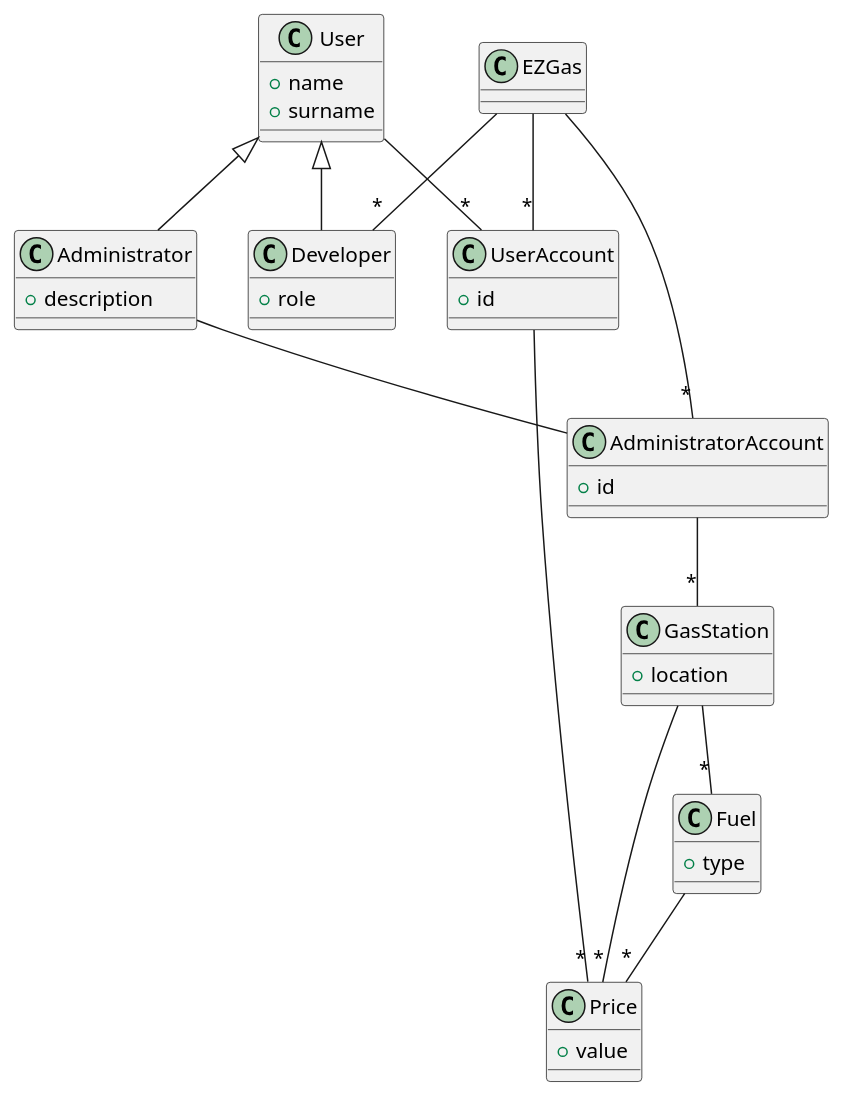
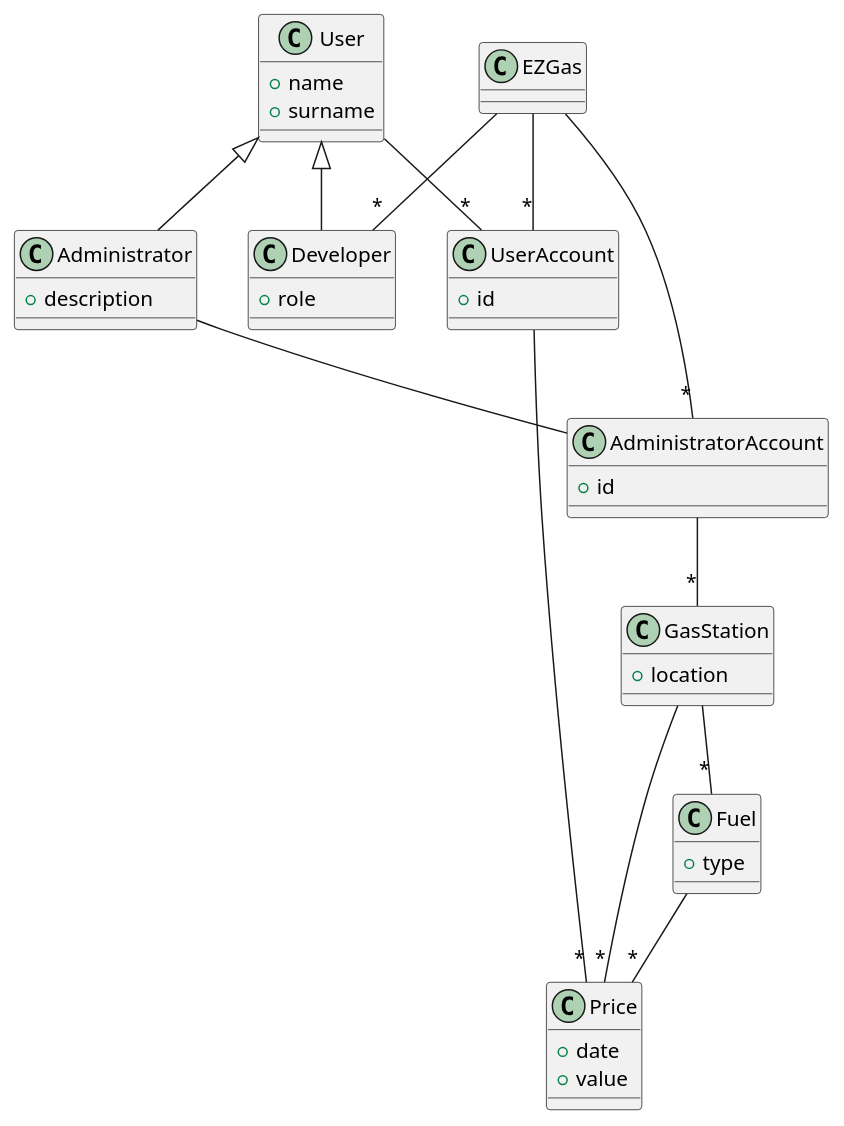
The third of 5 diagrams in REQ_s270436.md (SoftengPoliTo/Lab2), drawn with PlantUML before and after one commit. The commit also changed other lines of this file, not shown here.

````diff
--- a/REQ_s270436.md
+++ b/REQ_s270436.md
@@ -307,52 +307,53 @@
 ```plantuml
 class EZGas
 
 class User {
 + name
 + surname
 }
 
 class Developer {
 + role
 }
 
 class Administrator {
 + description
 }
 
 class GasStation {
 + location
 }
 
 class UserAccount {
 + id
 }
 
 class Price {
++ date
 + value
 }
 
 class Fuel {
 + type
 }
 
 class AdministratorAccount {
 + id
 }
 
 
 EZGas -- "*" UserAccount
 EZGas -- "*" AdministratorAccount
 EZGas -- "*" Developer
 Administrator -- AdministratorAccount
 User -- "*" UserAccount
 UserAccount -- "*" Price
 AdministratorAccount -- "*" GasStation
 GasStation -- "*" Price
 GasStation -- "*" Fuel
 Fuel -- "*" Price
 
 User <|-- Administrator
 User <|-- Developer
 
 ```
````
